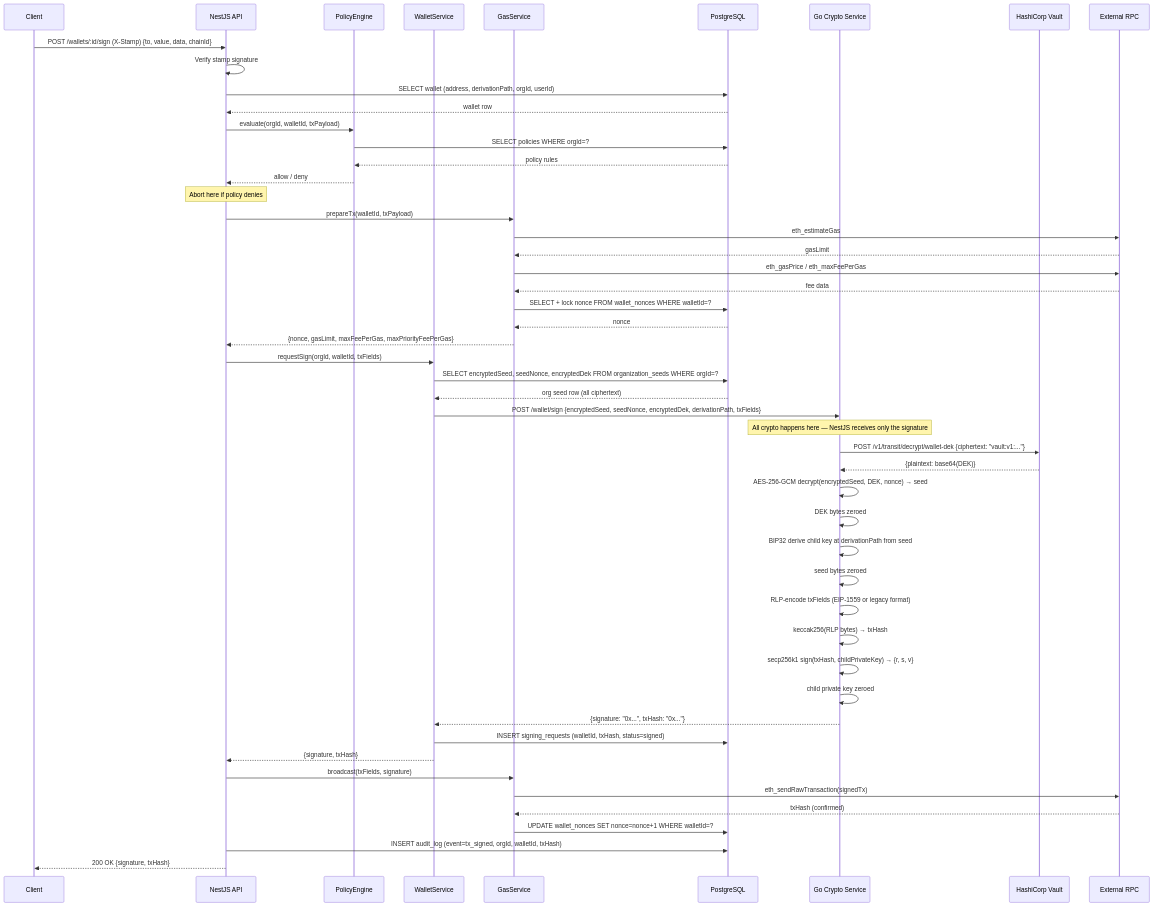
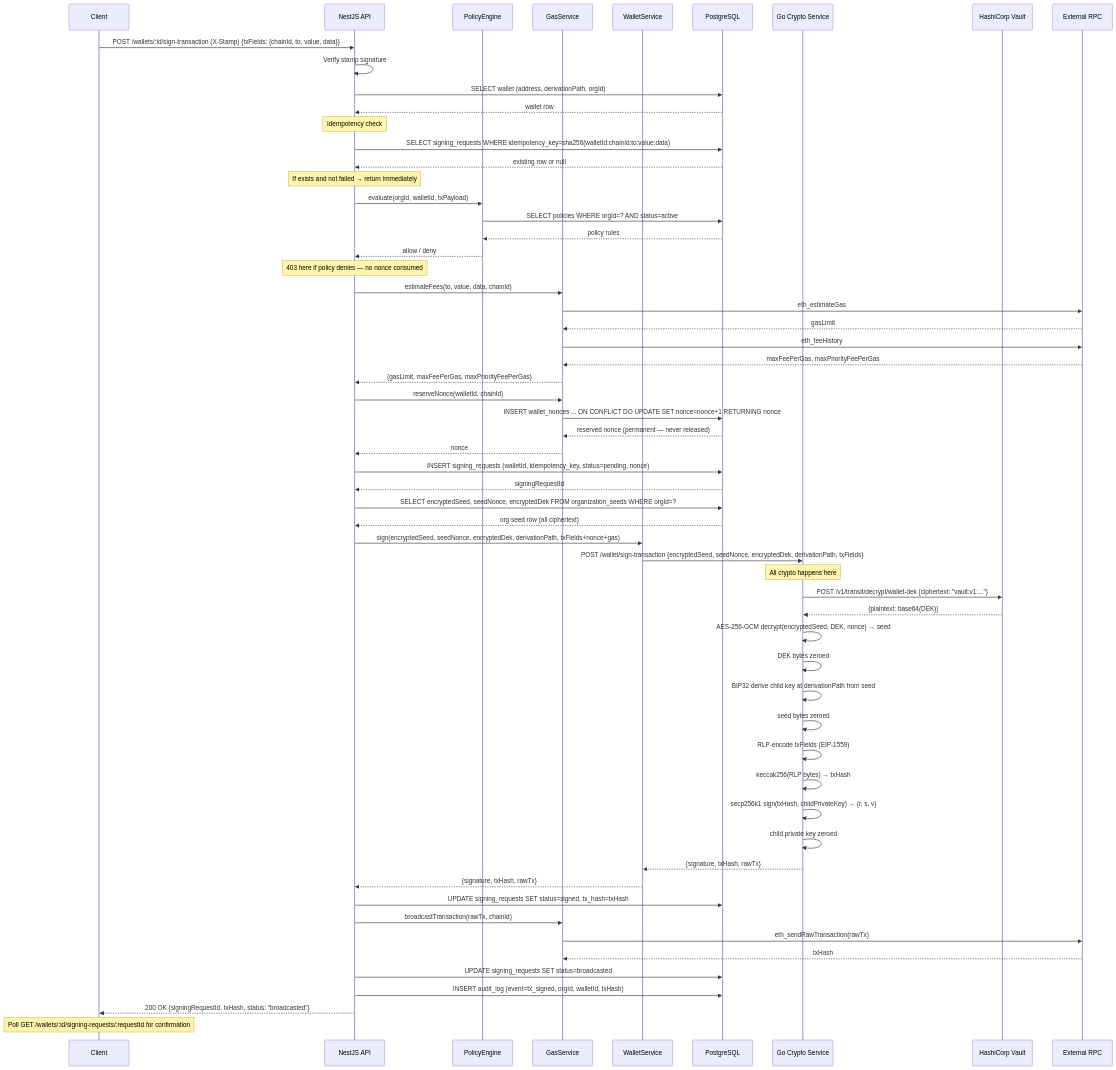
One commit to sg-milad/BrokeTurnkey changed the sixth of 11 diagrams in docs/SEQUENCE_DIAGRAMS.md. Above: the diagram before and after it, drawn with Mermaid. The commit also changed other lines of this file, not shown here.

````diff
--- a/docs/SEQUENCE_DIAGRAMS.md
+++ b/docs/SEQUENCE_DIAGRAMS.md
@@ -142,66 +210,78 @@
 ```mermaid
 sequenceDiagram
     participant C as Client
     participant API as NestJS API
     participant PE as PolicyEngine
+    participant GS as GasService
     participant WS as WalletService
-    participant GS as GasService
     participant DB as PostgreSQL
     participant GO as Go Crypto Service
     participant V as HashiCorp Vault
     participant RPC as External RPC
 
-    C->>API: POST /wallets/:id/sign (X-Stamp) {to, value, data, chainId}
+    C->>API: POST /wallets/:id/sign-transaction (X-Stamp) {txFields: {chainId, to, value, data}}
     API->>API: Verify stamp signature
 
-    API->>DB: SELECT wallet (address, derivationPath, orgId, userId)
+    API->>DB: SELECT wallet (address, derivationPath, orgId)
     DB-->>API: wallet row
 
+    note over API: Idempotency check
+    API->>DB: SELECT signing_requests WHERE idempotency_key=sha256(walletId:chainId:to:value:data)
+    DB-->>API: existing row or null
+    note over API: If exists and not failed → return immediately
+
     API->>PE: evaluate(orgId, walletId, txPayload)
-    PE->>DB: SELECT policies WHERE orgId=?
+    PE->>DB: SELECT policies WHERE orgId=? AND status=active
     DB-->>PE: policy rules
     PE-->>API: allow / deny
+    note over API: 403 here if policy denies — no nonce consumed
 
-    note over API: Abort here if policy denies
-
-    API->>GS: prepareTx(walletId, txPayload)
+    API->>GS: estimateFees(to, value, data, chainId)
     GS->>RPC: eth_estimateGas
     RPC-->>GS: gasLimit
-    GS->>RPC: eth_gasPrice / eth_maxFeePerGas
-    RPC-->>GS: fee data
-    GS->>DB: SELECT + lock nonce FROM wallet_nonces WHERE walletId=?
-    DB-->>GS: nonce
-    GS-->>API: {nonce, gasLimit, maxFeePerGas, maxPriorityFeePerGas}
+    GS->>RPC: eth_feeHistory
+    RPC-->>GS: maxFeePerGas, maxPriorityFeePerGas
+    GS-->>API: {gasLimit, maxFeePerGas, maxPriorityFeePerGas}
 
-    API->>WS: requestSign(orgId, walletId, txFields)
+    API->>GS: reserveNonce(walletId, chainId)
+    GS->>DB: INSERT wallet_nonces ... ON CONFLICT DO UPDATE SET nonce=nonce+1 RETURNING nonce
+    DB-->>GS: reserved nonce (permanent — never released)
+    GS-->>API: nonce
 
-    WS->>DB: SELECT encryptedSeed, seedNonce, encryptedDek FROM organization_seeds WHERE orgId=?
-    DB-->>WS: org seed row (all ciphertext)
+    API->>DB: INSERT signing_requests (walletId, idempotency_key, status=pending, nonce)
+    DB-->>API: signingRequestId
 
-    WS->>GO: POST /wallet/sign {encryptedSeed, seedNonce, encryptedDek, derivationPath, txFields}
+    API->>DB: SELECT encryptedSeed, seedNonce, encryptedDek FROM organization_seeds WHERE orgId=?
+    DB-->>API: org seed row (all ciphertext)
 
-    note over GO: All crypto happens here — NestJS receives only the signature
+    API->>WS: sign(encryptedSeed, seedNonce, encryptedDek, derivationPath, txFields+nonce+gas)
+    WS->>GO: POST /wallet/sign-transaction {encryptedSeed, seedNonce, encryptedDek, derivationPath, txFields}
+
+    note over GO: All crypto happens here
     GO->>V: POST /v1/transit/decrypt/wallet-dek {ciphertext: "vault:v1:..."}
     V-->>GO: {plaintext: base64(DEK)}
     GO->>GO: AES-256-GCM decrypt(encryptedSeed, DEK, nonce) → seed
     GO->>GO: DEK bytes zeroed
     GO->>GO: BIP32 derive child key at derivationPath from seed
     GO->>GO: seed bytes zeroed
-    GO->>GO: RLP-encode txFields (EIP-1559 or legacy format)
+    GO->>GO: RLP-encode txFields (EIP-1559)
     GO->>GO: keccak256(RLP bytes) → txHash
     GO->>GO: secp256k1 sign(txHash, childPrivateKey) → {r, s, v}
     GO->>GO: child private key zeroed
 
-    GO-->>WS: {signature: "0x...", txHash: "0x..."}
+    GO-->>WS: {signature, txHash, rawTx}
+    WS-->>API: {signature, txHash, rawTx}
 
-    WS->>DB: INSERT signing_requests (walletId, txHash, status=signed)
-    WS-->>API: {signature, txHash}
+    API->>DB: UPDATE signing_requests SET status=signed, tx_hash=txHash
 
-    API->>GS: broadcast(txFields, signature)
-    GS->>RPC: eth_sendRawTransaction(signedTx)
-    RPC-->>GS: txHash (confirmed)
-    GS->>DB: UPDATE wallet_nonces SET nonce=nonce+1 WHERE walletId=?
+    API->>GS: broadcastTransaction(rawTx, chainId)
+    GS->>RPC: eth_sendRawTransaction(rawTx)
+    RPC-->>GS: txHash
 
+    API->>DB: UPDATE signing_requests SET status=broadcasted
     API->>DB: INSERT audit_log (event=tx_signed, orgId, walletId, txHash)
-    API-->>C: 200 OK {signature, txHash}
+
+    API-->>C: 200 OK {signingRequestId, txHash, status: "broadcasted"}
+
+    note over C: Poll GET /wallets/:id/signing-requests/:requestId for confirmation
 ```
````
